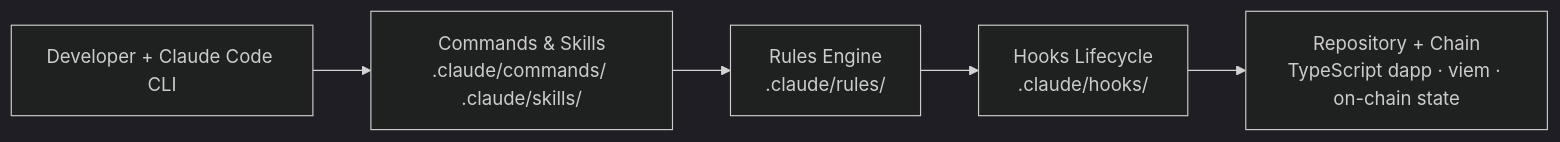
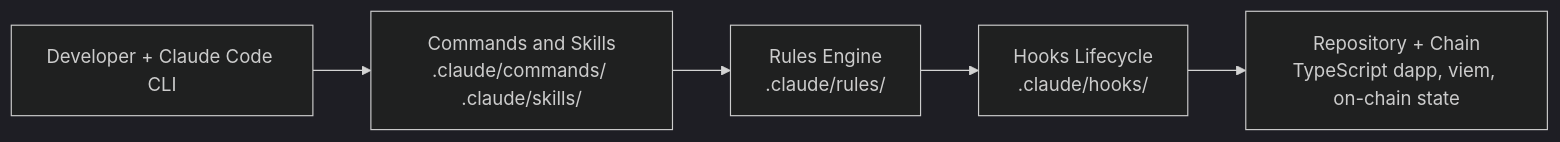
Before and after one commit to JackSmack1971/solo-pro-starter: the diagram in README.md, drawn with Mermaid (dark theme). The commit also changed other lines of this file and 6 other files, not shown here.

````diff
--- a/README.md
+++ b/README.md
@@ -140,7 +137,7 @@
 ```mermaid
 graph LR
-    A["Developer + Claude Code CLI"] --> B["Commands & Skills\n.claude/commands/ .claude/skills/"]
+    A["Developer + Claude Code CLI"] --> B["Commands and Skills\n.claude/commands/ .claude/skills/"]
     B --> C["Rules Engine\n.claude/rules/"]
     C --> D["Hooks Lifecycle\n.claude/hooks/"]
-    D --> E["Repository + Chain\nTypeScript dapp · viem · on-chain state"]
+    D --> E["Repository + Chain\nTypeScript dapp, viem, on-chain state"]
 ```
````
